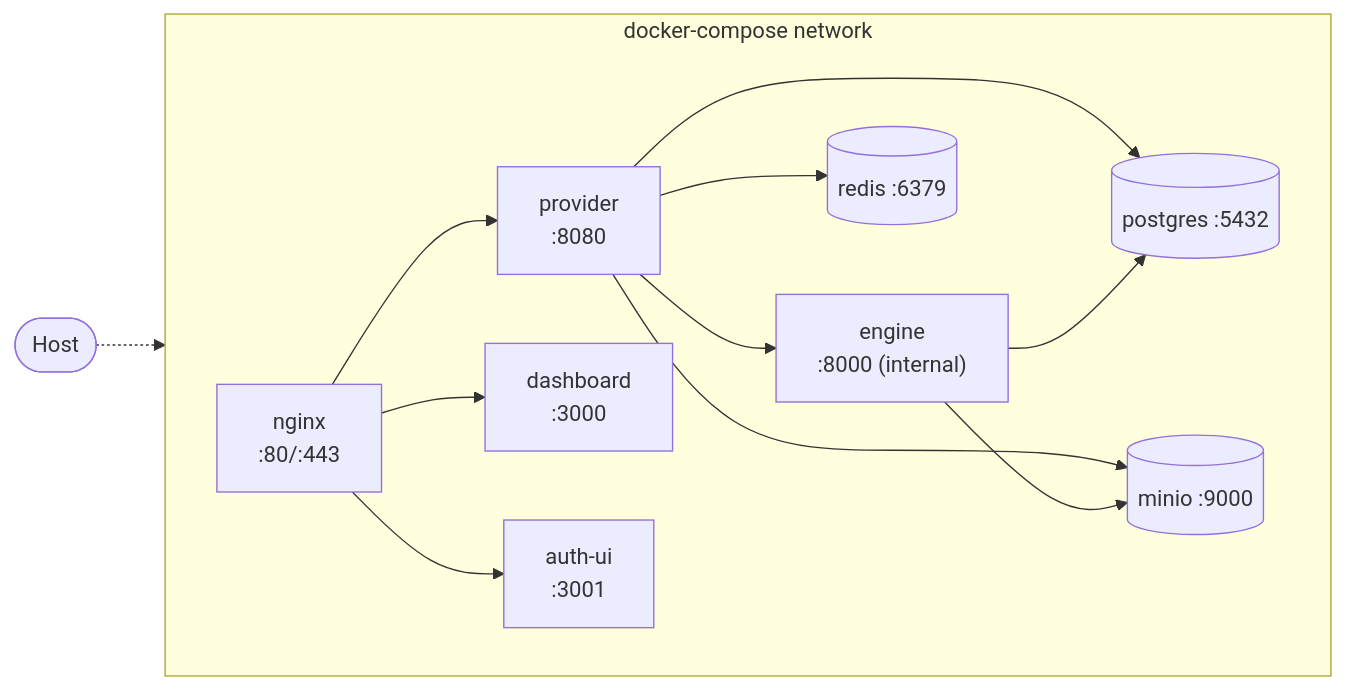
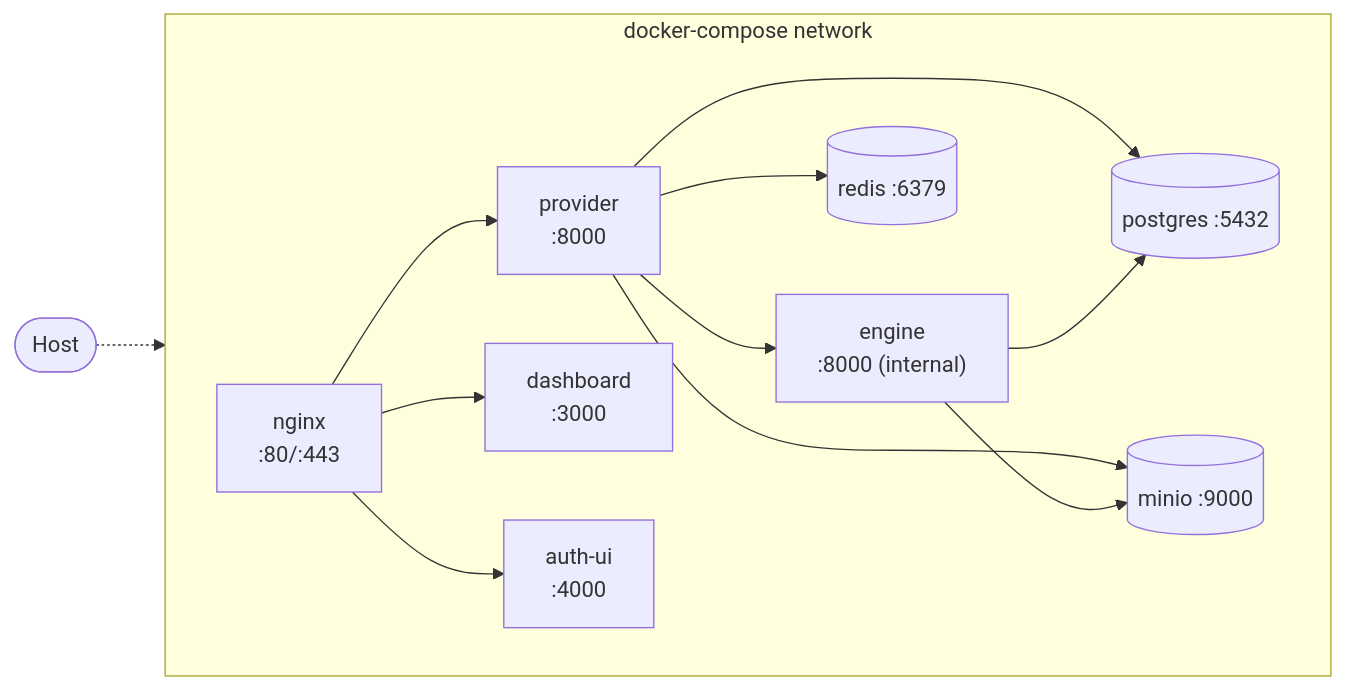
One commit to yephonekyaw/iden changed diagram 11 of 11 in README.md. Above: the diagram before and after it, drawn with Mermaid. The commit also changed other lines of this file, not shown here.

Commit message:
[docs]: Update README.md to enhance system architecture diagrams and clarify component roles

````diff
--- a/README.md
+++ b/README.md
@@ -536,26 +553,26 @@
 ```mermaid
 flowchart LR
   Host(["Host"]) -.-> Nginx
 
   subgraph Net["docker-compose network"]
     direction LR
     Nginx["nginx<br/>:80/:443"]
-    Provider["provider<br/>:8080"]
+    Provider["provider<br/>:8000"]
     Dashboard["dashboard<br/>:3000"]
-    AuthUI["auth-ui<br/>:3001"]
+    AuthUI["auth-ui<br/>:4000"]
     Engine["engine<br/>:8000 (internal)"]
     PG[("postgres :5432")]
     RD[("redis :6379")]
     MN[("minio :9000")]
 
     Nginx --> Provider
     Nginx --> Dashboard
     Nginx --> AuthUI
     Provider --> Engine
     Provider --> PG
     Provider --> RD
     Provider --> MN
     Engine --> PG
     Engine --> MN
   end
 ```
````
